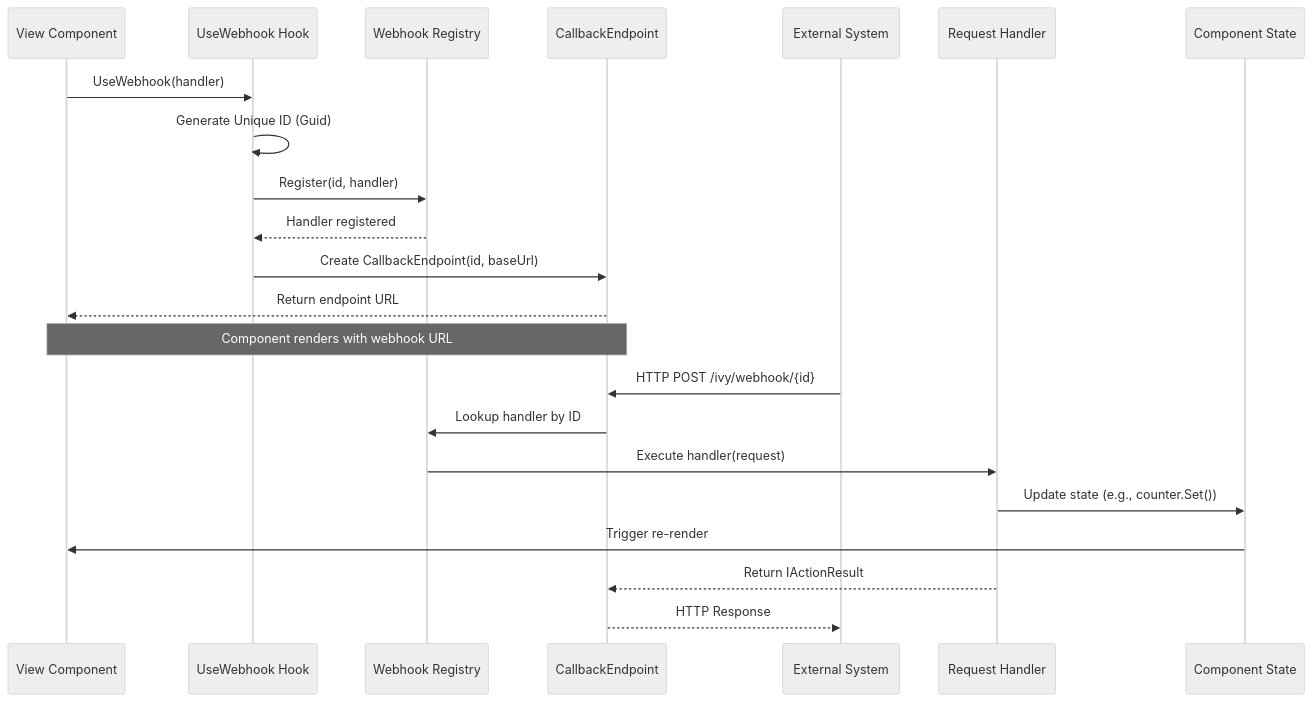
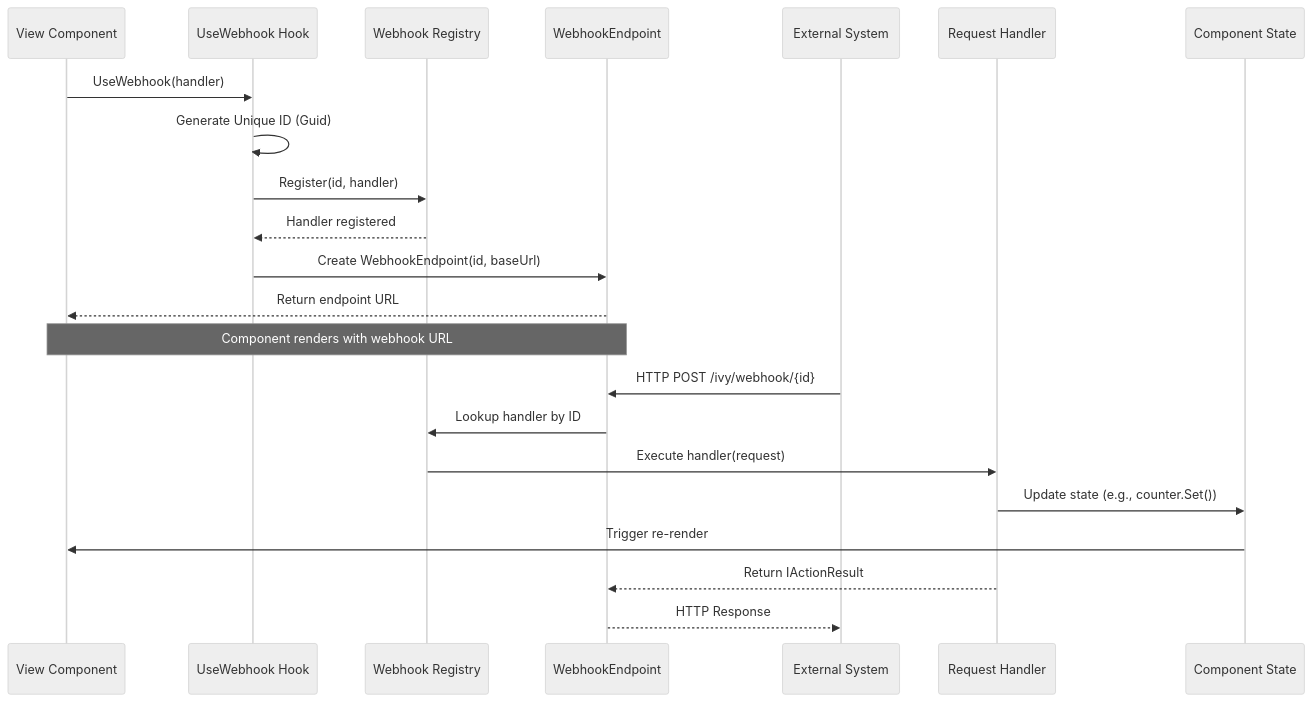
One commit to Klako/Ivy-Framework changed the diagram in src/Ivy.Docs.Shared/Docs/03_Hooks/02_Core/19_UseWebhook.md. Above: the diagram before and after it, drawn with Mermaid (neutral theme). The commit also changed other lines of this file and 30 other files, not shown here.

First line of the commit message:
Revert "[OAuth]: implement same-tab OAuth flow (#2068)" (#2209)

````diff
--- a/src/Ivy.Docs.Shared/Docs/03_Hooks/02_Core/19_UseWebhook.md
+++ b/src/Ivy.Docs.Shared/Docs/03_Hooks/02_Core/19_UseWebhook.md
@@ -57,27 +57,27 @@
 ```mermaid
 sequenceDiagram
     participant Component as View Component
     participant Hook as UseWebhook Hook
     participant Registry as Webhook Registry
-    participant Endpoint as CallbackEndpoint
+    participant Endpoint as WebhookEndpoint
     participant External as External System
     participant Handler as Request Handler
     participant State as Component State
 
     Component->>Hook: UseWebhook(handler)
     Hook->>Hook: Generate Unique ID (Guid)
     Hook->>Registry: Register(id, handler)
     Registry-->>Hook: Handler registered
-    Hook->>Endpoint: Create CallbackEndpoint(id, baseUrl)
+    Hook->>Endpoint: Create WebhookEndpoint(id, baseUrl)
     Endpoint-->>Component: Return endpoint URL
     
     Note over Component,Endpoint: Component renders with webhook URL
     
     External->>Endpoint: HTTP POST /ivy/webhook/{id}
     Endpoint->>Registry: Lookup handler by ID
     Registry->>Handler: Execute handler(request)
     Handler->>State: Update state (e.g., counter.Set())
     State->>Component: Trigger re-render
     Handler-->>Endpoint: Return IActionResult
     Endpoint-->>External: HTTP Response
 ```
````
